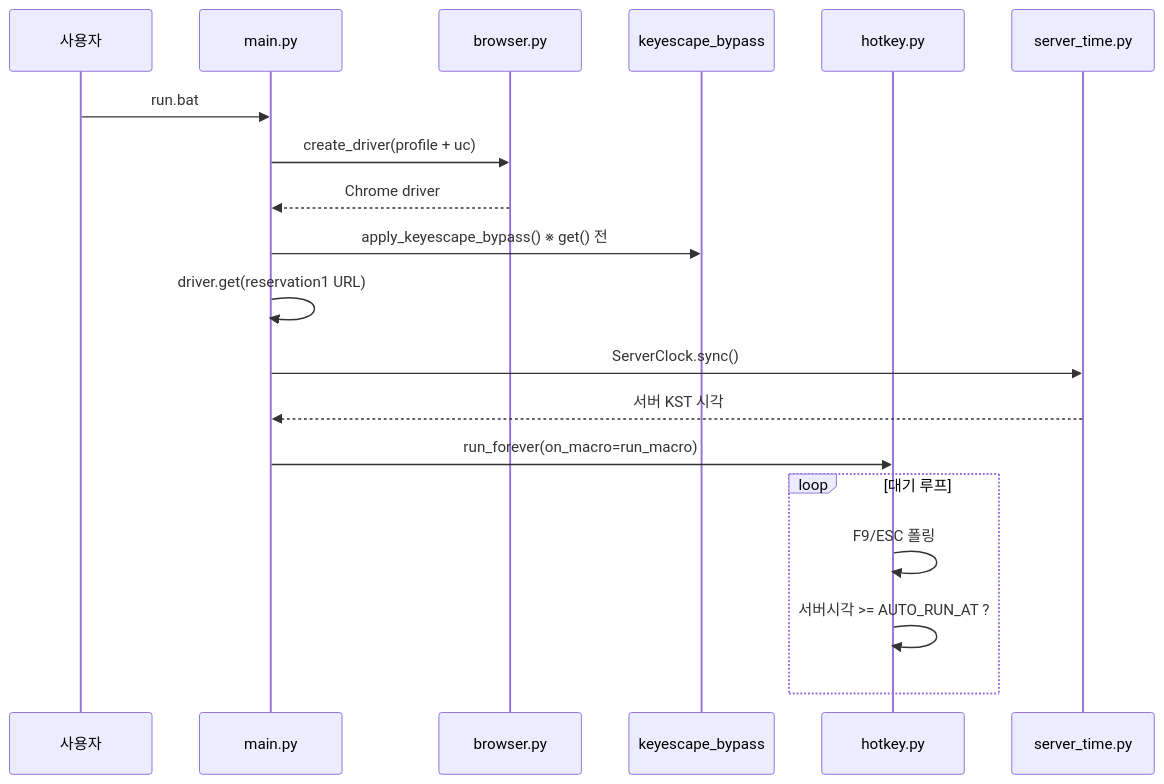
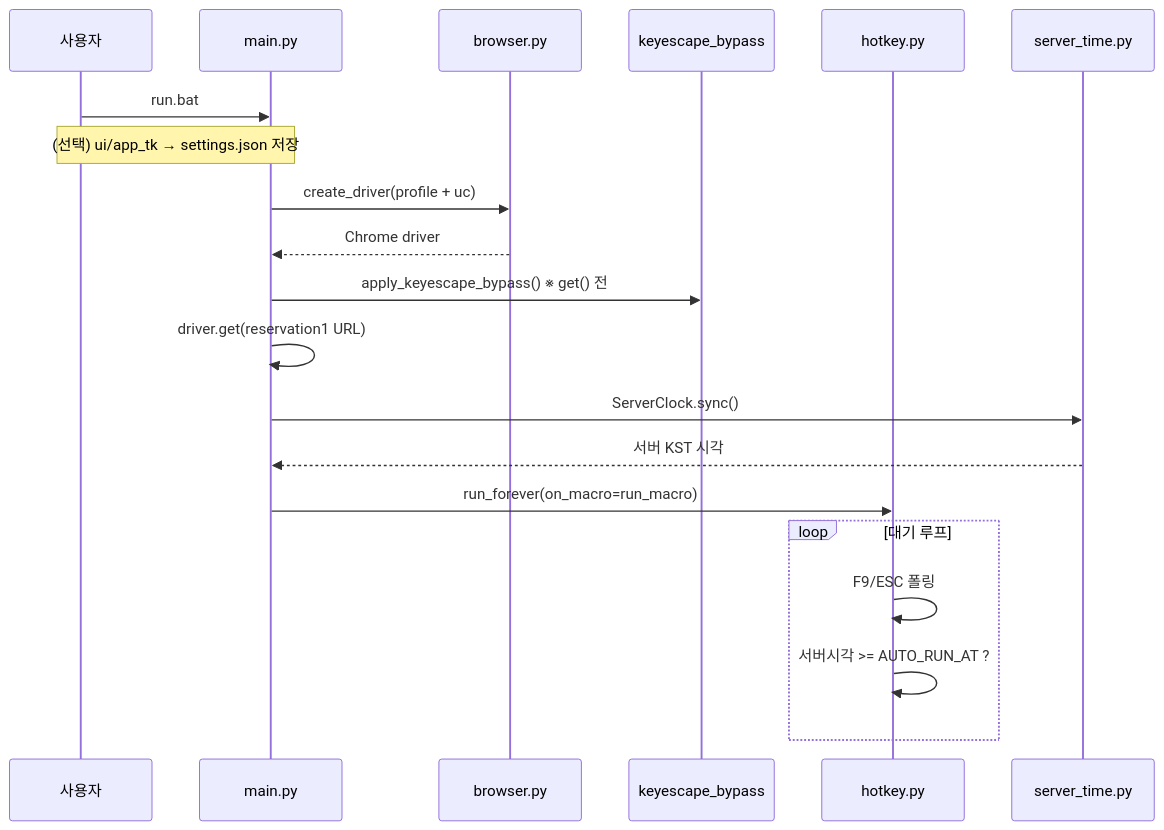
Before and after one commit to jseok0917/toy_macro: the third of 11 diagrams in ARCHITECTURE.md, drawn with Mermaid. The commit also changed other lines of this file and 15 other files, not shown here.

````diff
--- a/ARCHITECTURE.md
+++ b/ARCHITECTURE.md
@@ -155,22 +182,23 @@
 ```mermaid
 sequenceDiagram
     participant U as 사용자
     participant M as main.py
     participant B as browser.py
     participant Y as keyescape_bypass
     participant H as hotkey.py
     participant S as server_time.py
 
     U->>M: run.bat
+    Note over U,M: (선택) ui/app_tk → settings.json 저장
     M->>B: create_driver(profile + uc)
     B-->>M: Chrome driver
     M->>Y: apply_keyescape_bypass()  ※ get() 전
     M->>M: driver.get(reservation1 URL)
     M->>S: ServerClock.sync()
     S-->>M: 서버 KST 시각
     M->>H: run_forever(on_macro=run_macro)
     loop 대기 루프
         H->>H: F9/ESC 폴링
         H->>H: 서버시각 >= AUTO_RUN_AT ?
     end
 ```
````
